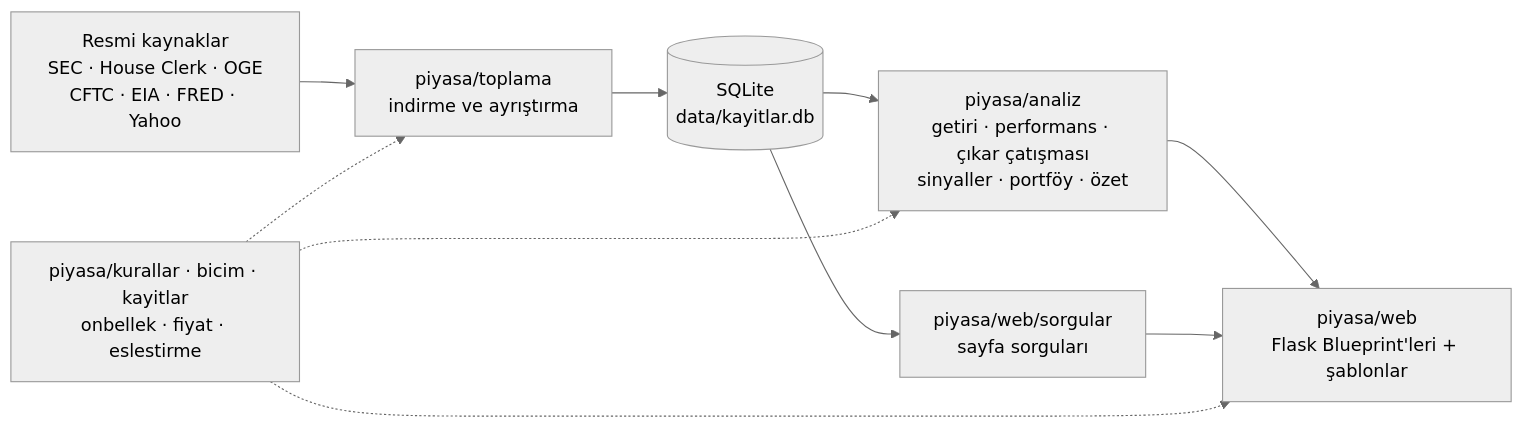
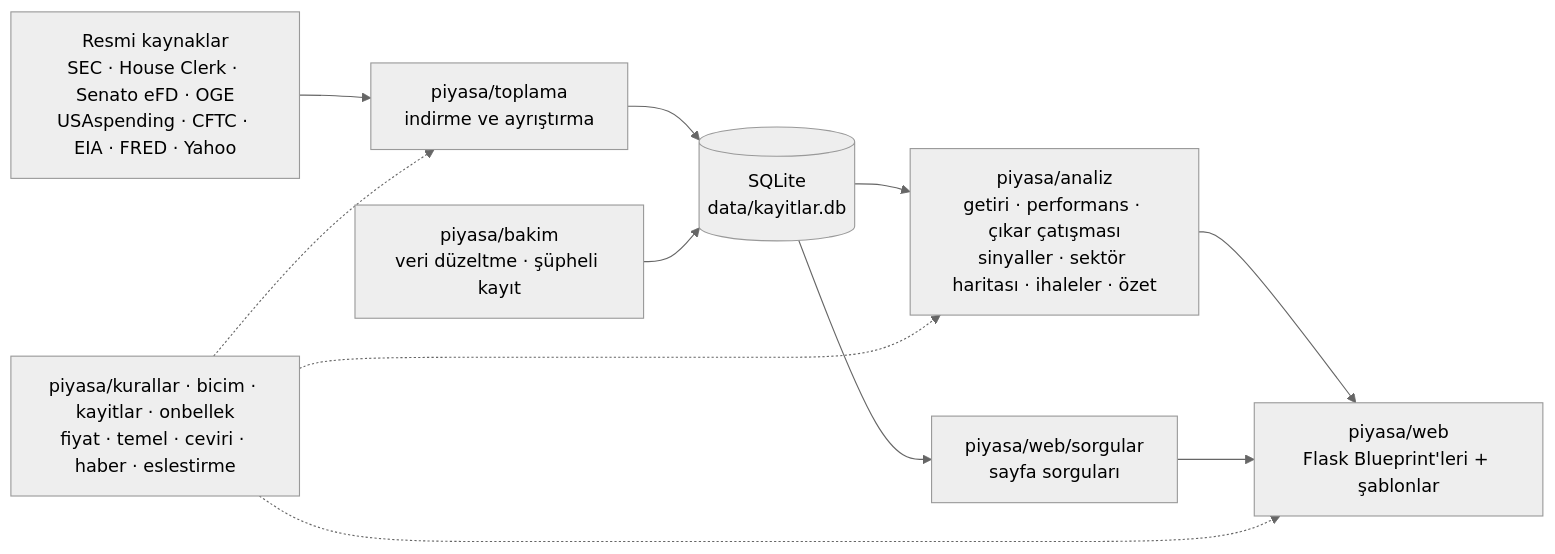
The diagram in readme.md (cemgokmen/piyasa-kaydi), drawn with Mermaid (neutral theme) before and after one commit. The commit also changed other lines of this file and 15 other files, not shown here.

````diff
--- a/readme.md
+++ b/readme.md
@@ -171,10 +171,11 @@
 ```mermaid
 flowchart LR
-    K["Resmi kaynaklar<br/>SEC · House Clerk · OGE<br/>CFTC · EIA · FRED · Yahoo"] --> T["piyasa/toplama<br/>indirme ve ayrıştırma"]
+    K["Resmi kaynaklar<br/>SEC · House Clerk · Senato eFD · OGE<br/>USAspending · CFTC · EIA · FRED · Yahoo"] --> T["piyasa/toplama<br/>indirme ve ayrıştırma"]
     T --> V[("SQLite<br/>data/kayitlar.db")]
-    V --> A["piyasa/analiz<br/>getiri · performans · çıkar çatışması<br/>sinyaller · portföy · özet"]
+    B["piyasa/bakim<br/>veri düzeltme · şüpheli kayıt"] --> V
+    V --> A["piyasa/analiz<br/>getiri · performans · çıkar çatışması<br/>sinyaller · sektör haritası · ihaleler · özet"]
     V --> S["piyasa/web/sorgular<br/>sayfa sorguları"]
     A --> W["piyasa/web<br/>Flask Blueprint'leri + şablonlar"]
     S --> W
-    C["piyasa/kurallar · bicim · kayitlar<br/>onbellek · fiyat · eslestirme"] -.-> T & A & W
+    C["piyasa/kurallar · bicim · kayitlar · onbellek<br/>fiyat · temel · ceviri · haber · eslestirme"] -.-> T & A & W
 ```
````
